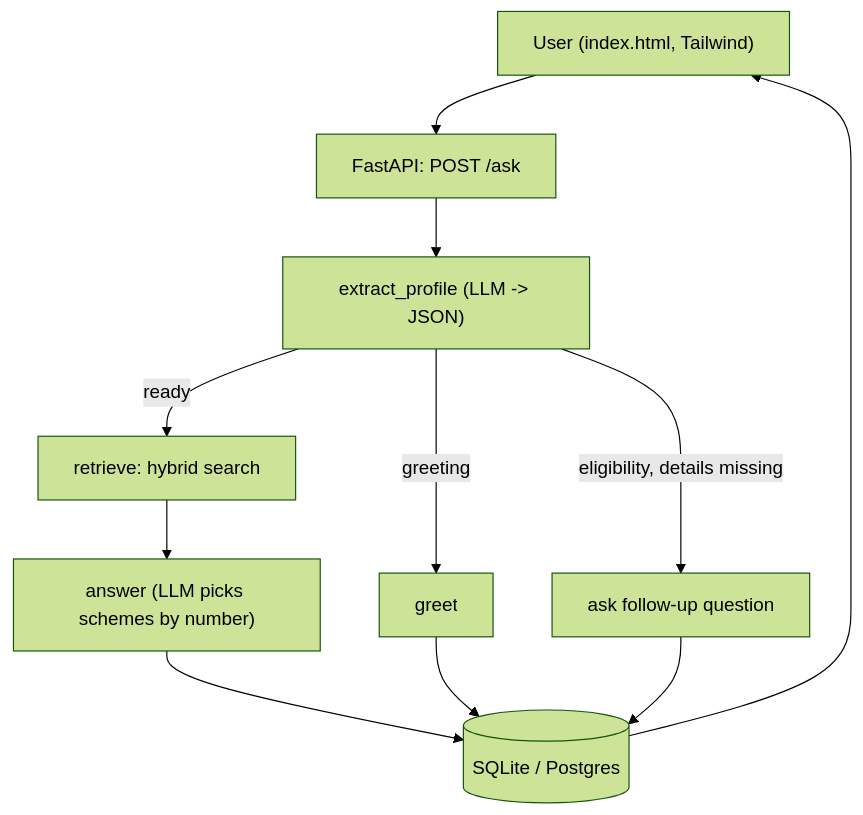
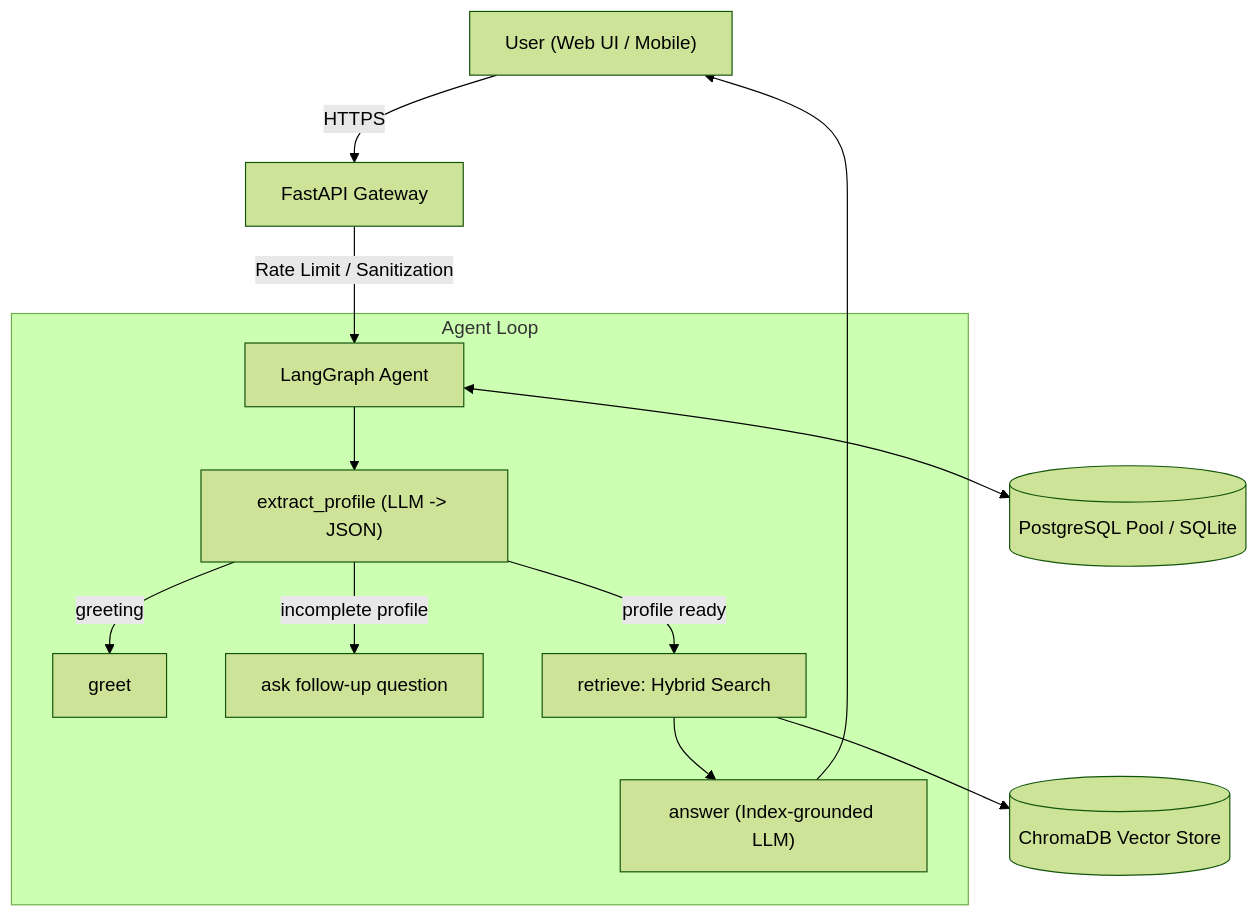
One commit to ishwardhakad779-a11y/Yojana_sathi changed the diagram in README.md. Above: the diagram before and after it, drawn with Mermaid (forest theme). The commit also changed other lines of this file and 17 other files, not shown here.

````diff
--- a/README.md
+++ b/README.md
@@ -31,13 +42,17 @@
 ```mermaid
 flowchart TD
-    U["User (index.html, Tailwind)"] --> API["FastAPI: POST /ask"]
-    API --> P["extract_profile (LLM -> JSON)"]
-    P -->|greeting| G["greet"]
-    P -->|eligibility, details missing| Q["ask follow-up question"]
-    P -->|ready| R["retrieve: hybrid search"]
-    R --> A["answer (LLM picks schemes by number)"]
-    A --> DB[("SQLite / Postgres")]
-    G --> DB
-    Q --> DB
-    DB --> U
+    U["User (Web UI / Mobile)"] -->|HTTPS| API["FastAPI Gateway"]
+    API -->|Rate Limit / Sanitization| LG["LangGraph Agent"]
+    
+    subgraph Agent Loop
+        LG --> P["extract_profile (LLM -> JSON)"]
+        P -->|greeting| G["greet"]
+        P -->|incomplete profile| Q["ask follow-up question"]
+        P -->|profile ready| R["retrieve: Hybrid Search"]
+        R --> A["answer (Index-grounded LLM)"]
+    end
+    
+    R --> Chroma[("ChromaDB Vector Store")]
+    LG <--> DB[("PostgreSQL Pool / SQLite")]
+    A --> U
 ```
````
